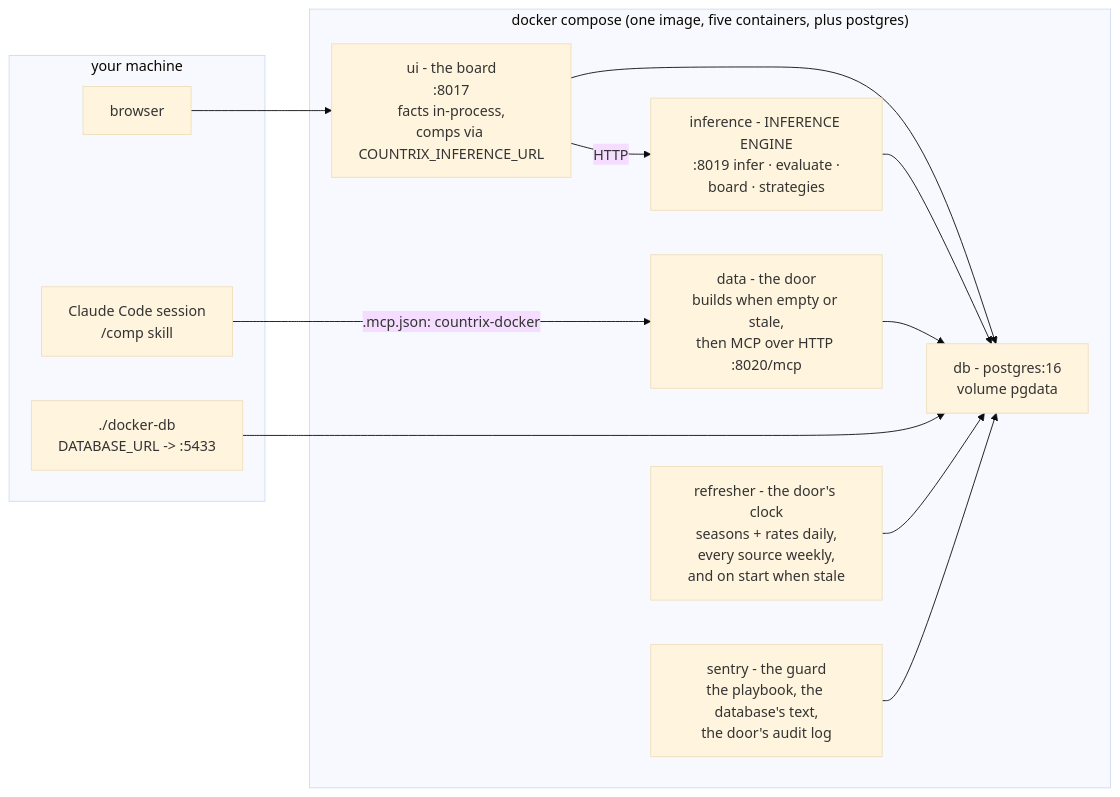
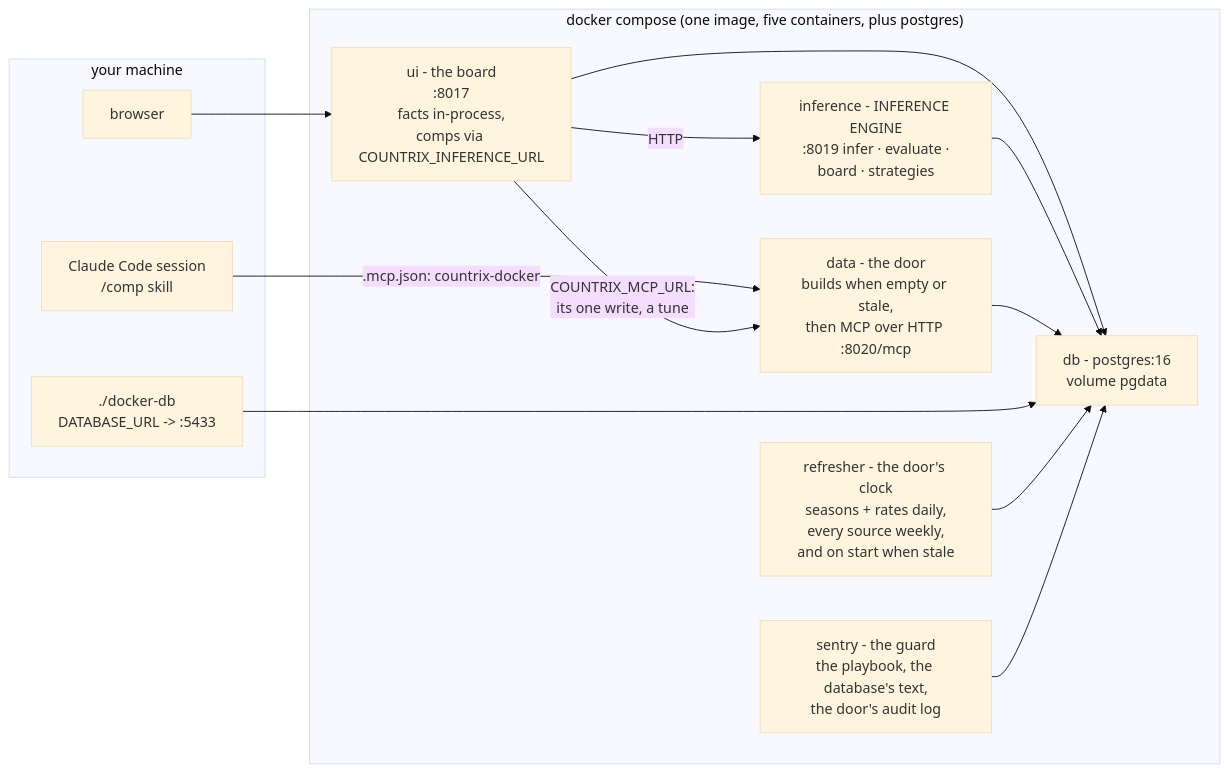
One commit to mmikol/counter-utility-matrix changed the second of 2 diagrams in docs/architecture.md. Above: the diagram before and after it, drawn with Mermaid (base theme). The commit also changed other lines of this file and 8 other files, not shown here.

````diff
--- a/docs/architecture.md
+++ b/docs/architecture.md
@@ -140,25 +111,26 @@
 ```mermaid
 flowchart LR
     subgraph HOST["your machine"]
         SESSION["Claude Code session<br/>/comp skill"]
         BROWSER["browser"]
         SHELL["./docker-db<br/>DATABASE_URL -> :5433"]
     end
     subgraph DOCKER["docker compose (one image, five containers, plus postgres)"]
         DATA["data - the door<br/>builds when empty or stale,<br/>then MCP over HTTP :8020/mcp"]
         INF["inference - INFERENCE ENGINE<br/>:8019 infer · evaluate ·<br/>board · strategies"]
         UI["ui - the board<br/>:8017<br/>facts in-process,<br/>comps via COUNTRIX_INFERENCE_URL"]
         DBC["db - postgres:16<br/>volume pgdata"]
         REF["refresher - the door's clock<br/>seasons + rates daily,<br/>every source weekly,<br/>and on start when stale"]
         SEN["sentry - the guard<br/>the playbook, the database's text,<br/>the door's audit log"]
     end
     SESSION -->|".mcp.json: countrix-docker"| DATA
     BROWSER --> UI
     UI -->|"HTTP"| INF
+    UI -->|"COUNTRIX_MCP_URL:<br/>its one write, a tune"| DATA
     UI --> DBC
     INF --> DBC
     DATA --> DBC
     SHELL --> DBC
     REF --> DBC
     SEN --> DBC
 ```
````
